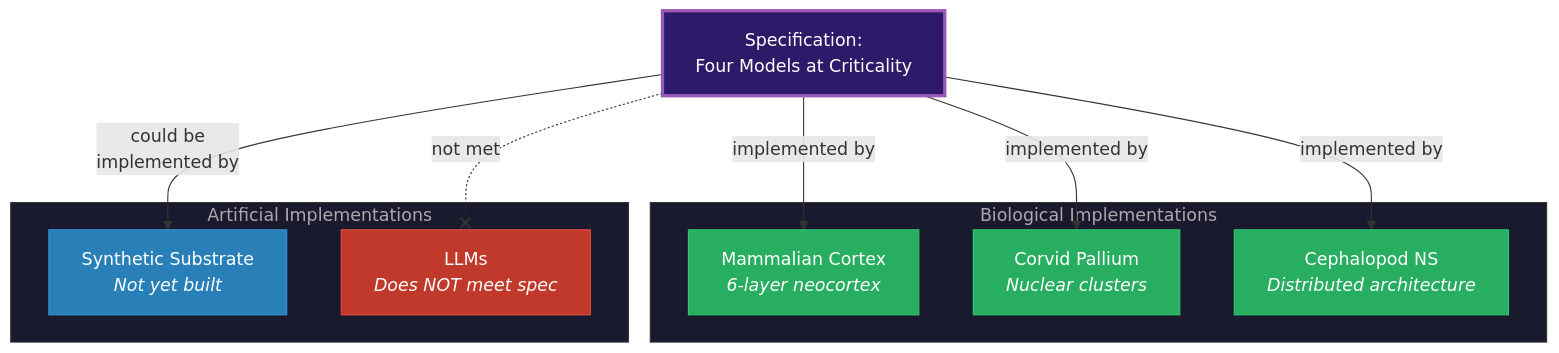
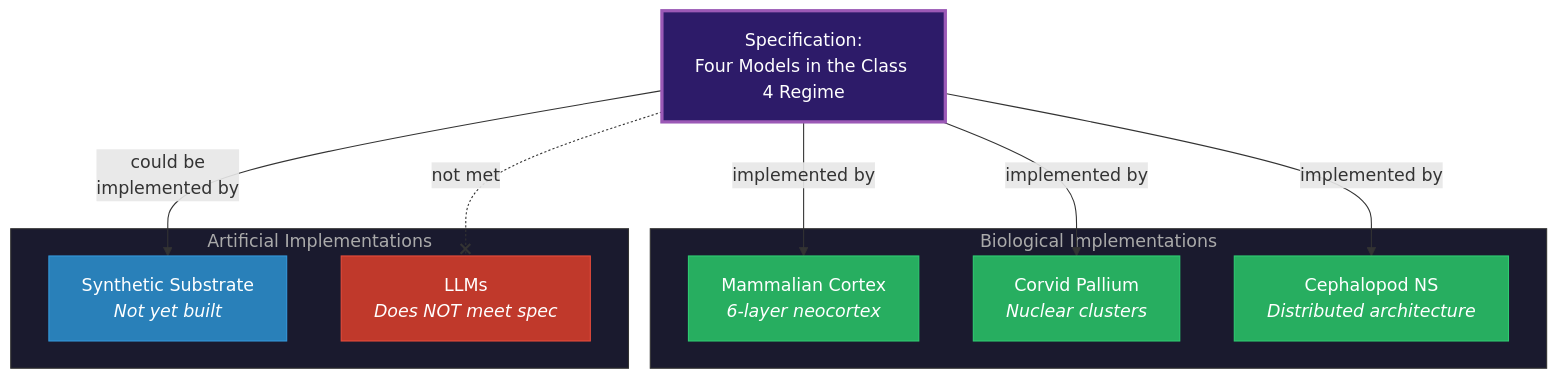
One commit to JeltzProstetnic/aIware changed the diagram in wiki/philosophical/substrate-independence.md. Above: the diagram before and after it, drawn with Mermaid. The commit also changed other lines of this file and 124 other files, not shown here.

````diff
--- a/wiki/philosophical/substrate-independence.md
+++ b/wiki/philosophical/substrate-independence.md
@@ -41,30 +43,30 @@
 ```mermaid
 graph TB
-    SPEC["Specification:<br/>Four Models at Criticality"]
+    SPEC["Specification:<br/>Four Models in the Class 4 Regime"]
 
     subgraph BIO["Biological Implementations"]
         MAM["Mammalian Cortex<br/><i>6-layer neocortex</i>"]
         COR["Corvid Pallium<br/><i>Nuclear clusters</i>"]
         CEPH["Cephalopod NS<br/><i>Distributed architecture</i>"]
     end
 
     subgraph ART["Artificial Implementations"]
         SYN["Synthetic Substrate<br/><i>Not yet built</i>"]
         LLM["LLMs<br/><i>Does NOT meet spec</i>"]
     end
 
     SPEC -->|"implemented by"| MAM
     SPEC -->|"implemented by"| COR
     SPEC -->|"implemented by"| CEPH
     SPEC -->|"could be<br/>implemented by"| SYN
     SPEC -.-x|"not met"| LLM
 
     style SPEC fill:#2d1b69,stroke:#9b59b6,color:#fff,stroke-width:3px
     style BIO fill:#1a1a2e,stroke:#333,color:#aaa
     style ART fill:#1a1a2e,stroke:#333,color:#aaa
     style MAM fill:#27ae60,stroke:#2ecc71,color:#fff
     style COR fill:#27ae60,stroke:#2ecc71,color:#fff
     style CEPH fill:#27ae60,stroke:#2ecc71,color:#fff
     style SYN fill:#2980b9,stroke:#3498db,color:#fff
     style LLM fill:#c0392b,stroke:#e74c3c,color:#fff
 ```
````
